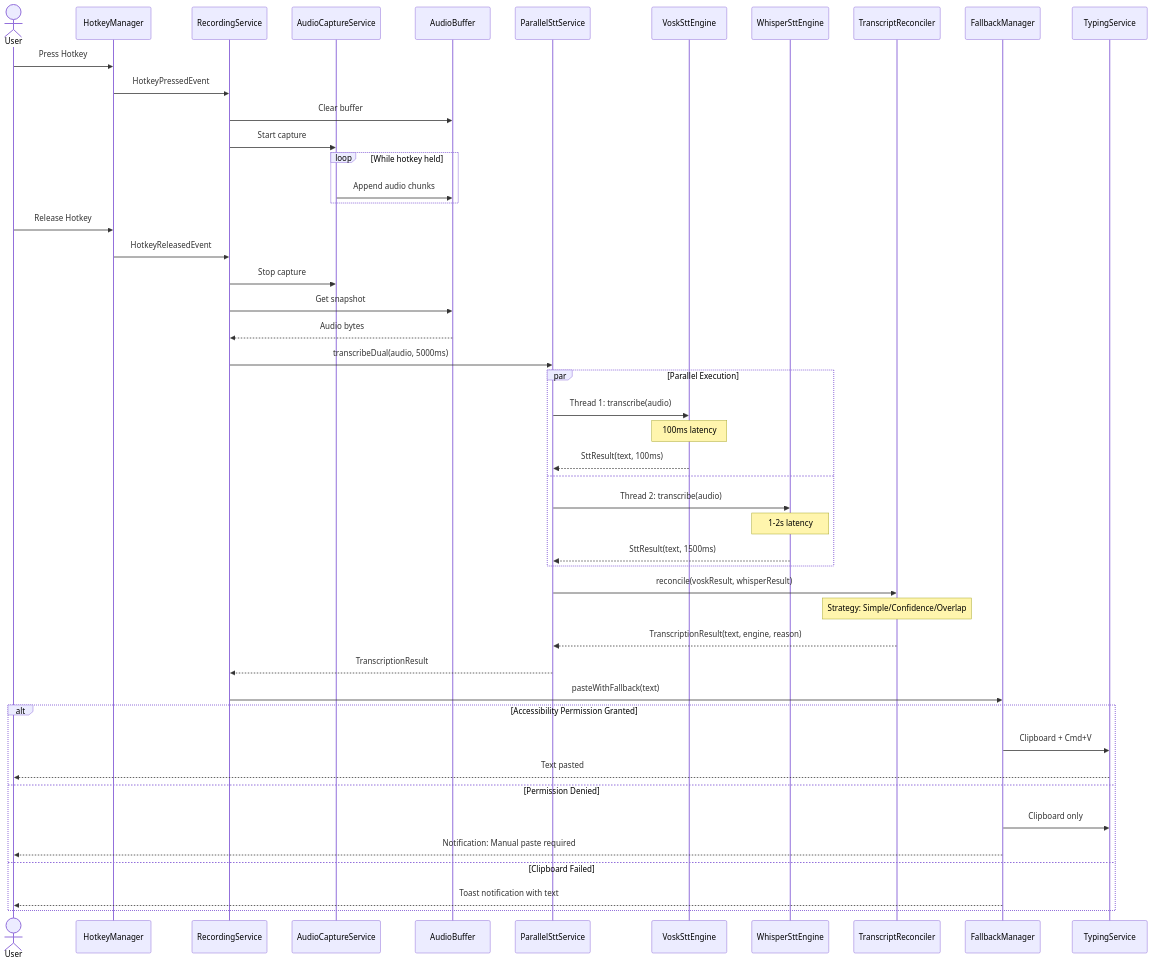
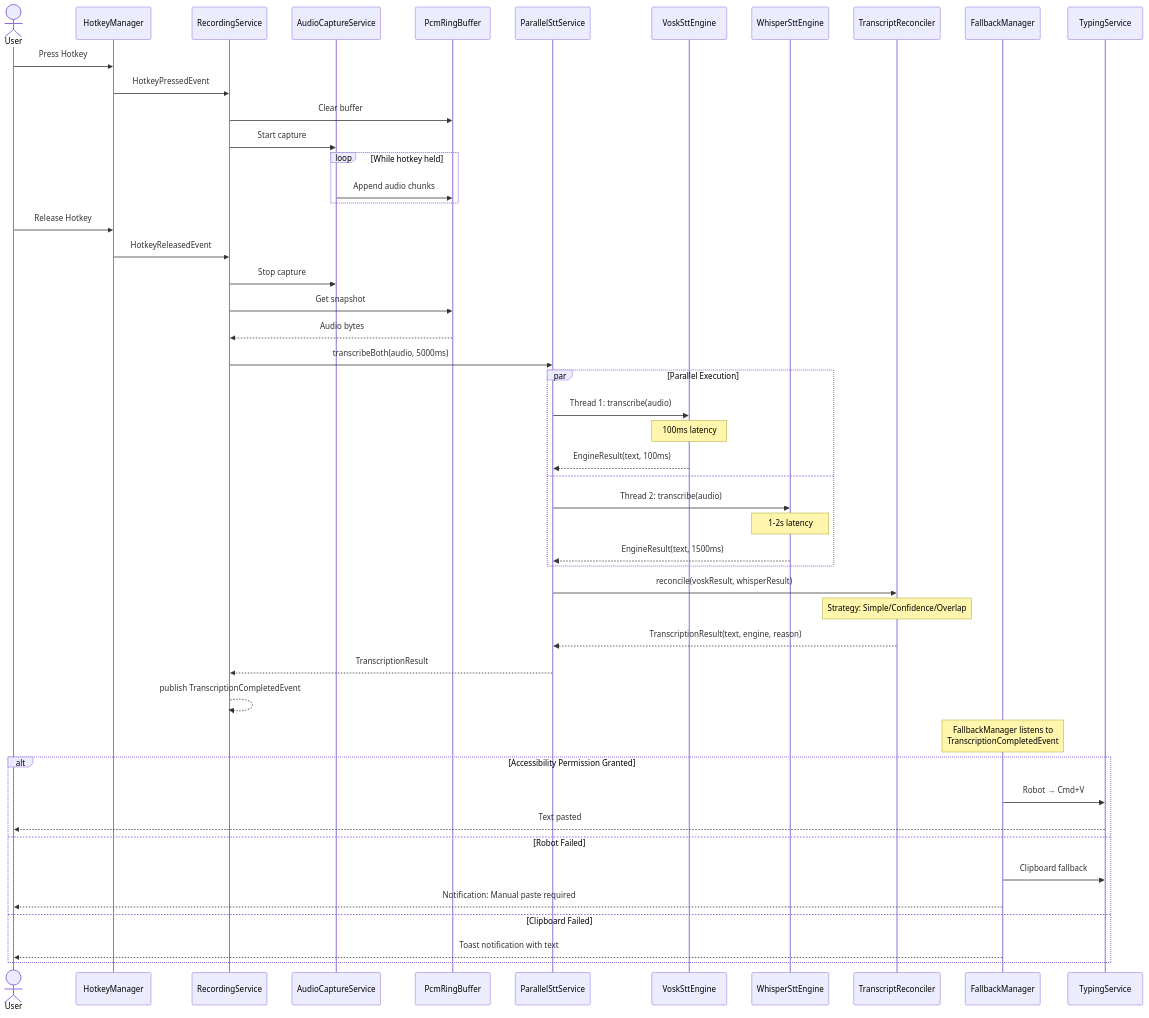
The first of 6 diagrams in docs/diagrams/data-flow-diagram.md (phillippitts/speakToMack), drawn with Mermaid before and after one commit. The commit also changed 499 other files, not shown here.

````diff
--- a/docs/diagrams/data-flow-diagram.md
+++ b/docs/diagrams/data-flow-diagram.md
@@ -5,58 +5,59 @@
 ```mermaid
 sequenceDiagram
     actor User
     participant HK as HotkeyManager
     participant Orch as RecordingService
     participant Audio as AudioCaptureService
-    participant Buffer as AudioBuffer
+    participant Buffer as PcmRingBuffer
     participant PSS as ParallelSttService
     participant Vosk as VoskSttEngine
     participant Whisper as WhisperSttEngine
     participant Rec as TranscriptReconciler
     participant FB as FallbackManager
     participant Type as TypingService
     
     User->>HK: Press Hotkey
     HK->>Orch: HotkeyPressedEvent
     Orch->>Buffer: Clear buffer
     Orch->>Audio: Start capture
     
     loop While hotkey held
         Audio->>Buffer: Append audio chunks
     end
     
     User->>HK: Release Hotkey
     HK->>Orch: HotkeyReleasedEvent
     Orch->>Audio: Stop capture
     Orch->>Buffer: Get snapshot
     Buffer-->>Orch: Audio bytes
     
-    Orch->>PSS: transcribeDual(audio, 5000ms)
+    Orch->>PSS: transcribeBoth(audio, 5000ms)
     
     par Parallel Execution
         PSS->>Vosk: Thread 1: transcribe(audio)
         Note over Vosk: 100ms latency
-        Vosk-->>PSS: SttResult(text, 100ms)
+        Vosk-->>PSS: EngineResult(text, 100ms)
     and
         PSS->>Whisper: Thread 2: transcribe(audio)
         Note over Whisper: 1-2s latency
-        Whisper-->>PSS: SttResult(text, 1500ms)
+        Whisper-->>PSS: EngineResult(text, 1500ms)
     end
     
     PSS->>Rec: reconcile(voskResult, whisperResult)
     Note over Rec: Strategy: Simple/Confidence/Overlap
     Rec-->>PSS: TranscriptionResult(text, engine, reason)
     PSS-->>Orch: TranscriptionResult
     
-    Orch->>FB: pasteWithFallback(text)
-    
+    Orch-->>Orch: publish TranscriptionCompletedEvent
+    Note over FB: FallbackManager listens to<br/>TranscriptionCompletedEvent
+
     alt Accessibility Permission Granted
-        FB->>Type: Clipboard + Cmd+V
+        FB->>Type: Robot → Cmd+V
         Type-->>User: Text pasted
-    else Permission Denied
-        FB->>Type: Clipboard only
+    else Robot Failed
+        FB->>Type: Clipboard fallback
         FB-->>User: Notification: Manual paste required
     else Clipboard Failed
         FB-->>User: Toast notification with text
     end
 ```
````
